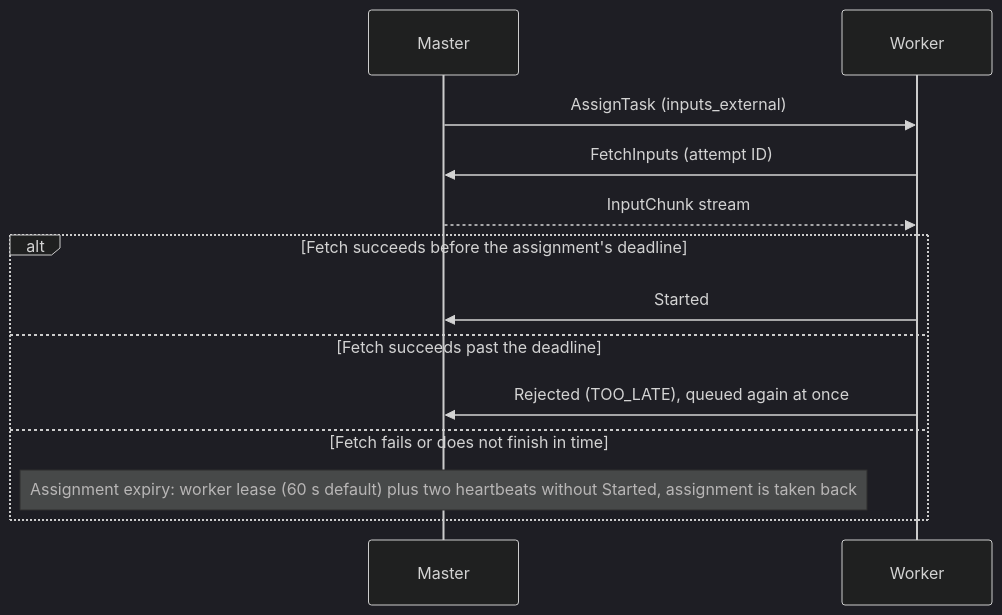
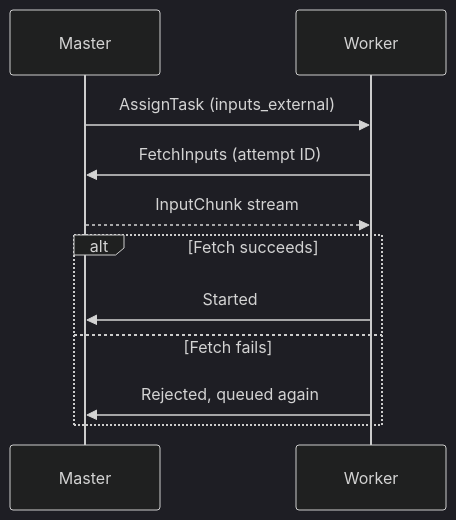
Before and after one commit to ptutak/schedr: the sixth of 18 diagrams in docs/03-guide/15-protocol.md, drawn with Mermaid (dark theme). The commit also changed other lines of this file and 165 other files, not shown here.

````diff
--- a/docs/03-guide/15-protocol.md
+++ b/docs/03-guide/15-protocol.md
@@ -135,15 +145,13 @@
 ```{mermaid}
 sequenceDiagram
     participant M as Master
     participant W as Worker
     M->>W: AssignTask (inputs_external)
     W->>M: FetchInputs (attempt ID)
     M-->>W: InputChunk stream
-    alt Fetch succeeds before the assignment's deadline
+    alt Fetch succeeds
         W->>M: Started
-    else Fetch succeeds past the deadline
-        W->>M: Rejected (TOO_LATE), queued again at once
-    else Fetch fails or does not finish in time
-        Note over M: Assignment expiry: worker lease (60 s default) plus two heartbeats without Started, assignment is taken back
+    else Fetch fails
+        W->>M: Rejected, queued again
     end
 ```
````
